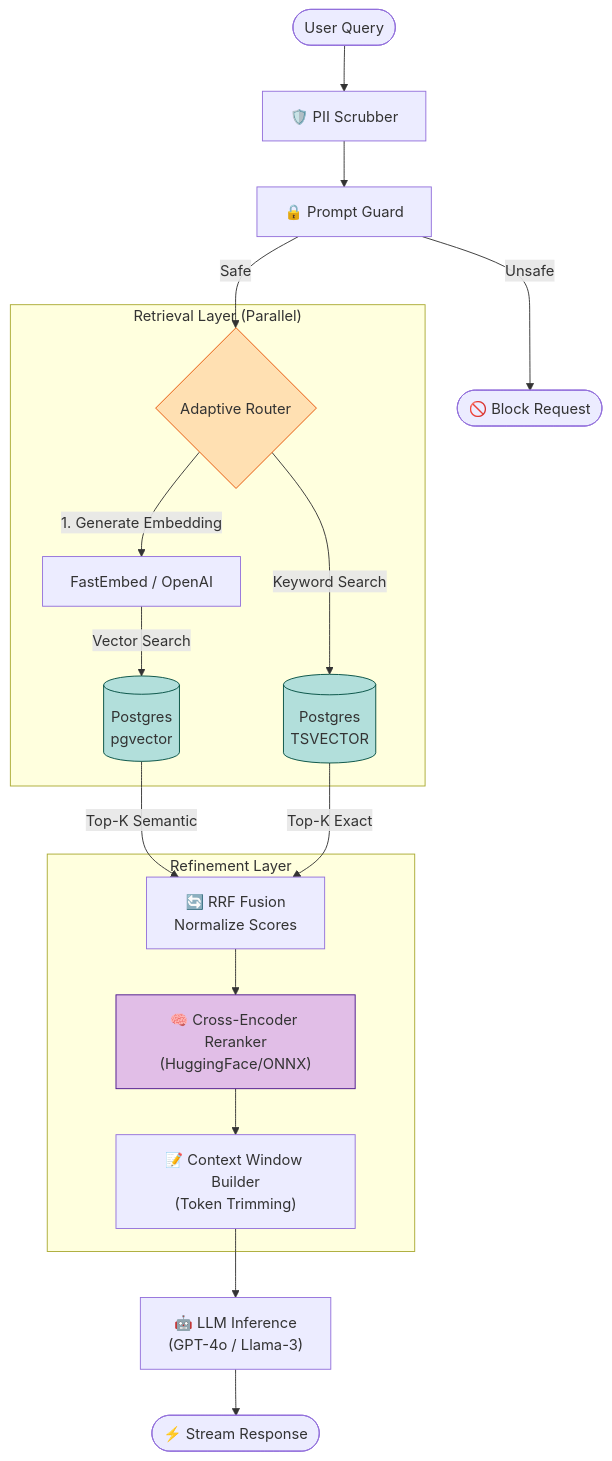
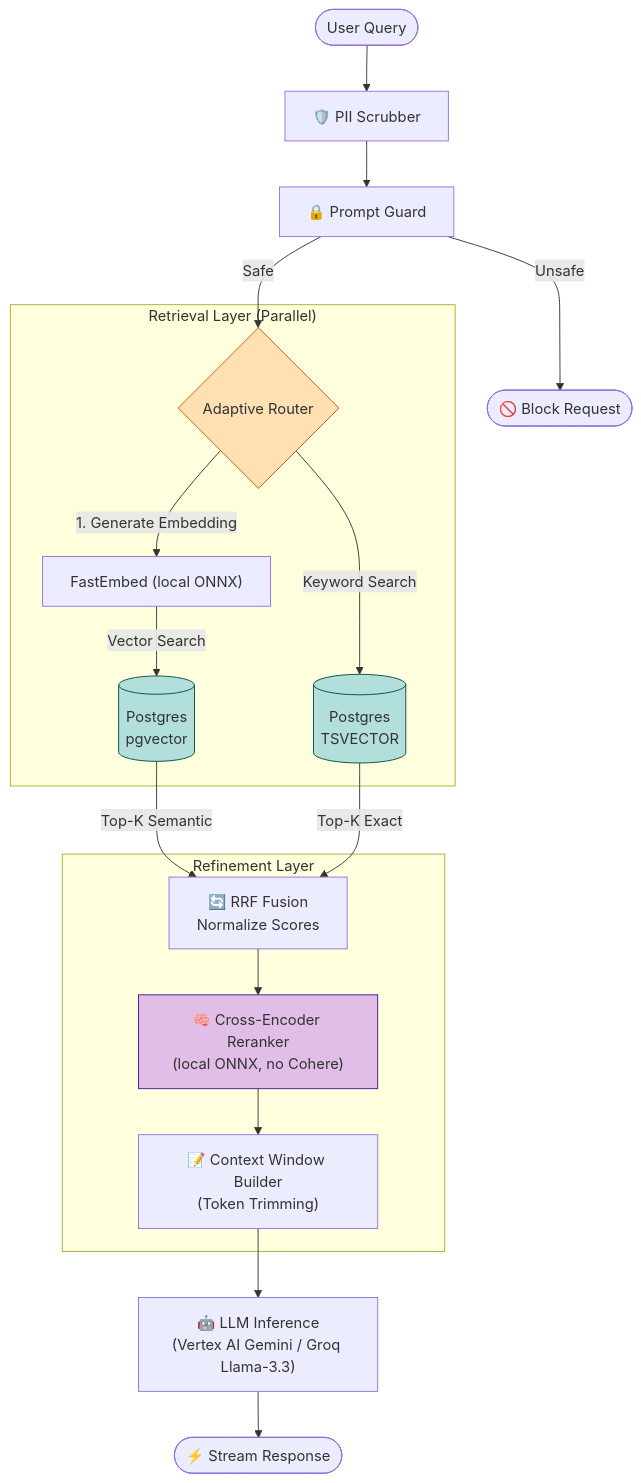
Before and after one commit to JMMAILabs/frugal-fortress-architecture: the diagram in docs/diagrams/core/rag_pipeline.md, drawn with Mermaid. The commit also changed 33 other files, not shown here.

````diff
--- a/docs/diagrams/core/rag_pipeline.md
+++ b/docs/diagrams/core/rag_pipeline.md
@@ -5,33 +5,33 @@
 ```mermaid
 flowchart TD
     Start([User Query]) --> PII["🛡️ PII Scrubber"]
     PII --> Guard["🔒 Prompt Guard"]
 
     Guard -->|Safe| Router{"Adaptive Router"}
     Guard -->|Unsafe| Block(["🚫 Block Request"])
 
     subgraph "Retrieval Layer (Parallel)"
-        Router -->|1. Generate Embedding| Embed["FastEmbed / OpenAI"]
+        Router -->|1. Generate Embedding| Embed["FastEmbed (local ONNX)"]
 
         Embed -->|Vector Search| PG_Vec[("Postgres<br/>pgvector")]
         Router -->|Keyword Search| PG_Text[("Postgres<br/>TSVECTOR")]
     end
 
     PG_Vec -->|Top-K Semantic| Merger
     PG_Text -->|Top-K Exact| Merger
 
     subgraph "Refinement Layer"
         Merger["🔄 RRF Fusion<br/>Normalize Scores"]
-        Merger --> Rerank["🧠 Cross-Encoder Reranker<br/>(HuggingFace/ONNX)"]
+        Merger --> Rerank["🧠 Cross-Encoder Reranker<br/>(local ONNX, no Cohere)"]
         Rerank --> Context["📝 Context Window Builder<br/>(Token Trimming)"]
     end
 
-    Context --> LLM["🤖 LLM Inference<br/>(GPT-4o / Llama-3)"]
+    Context --> LLM["🤖 LLM Inference<br/>(Vertex AI Gemini / Groq Llama-3.3)"]
     LLM --> Stream(["⚡ Stream Response"])
 
     %% Styling
     style Router fill:#ffe0b2,stroke:#e65100
     style Rerank fill:#e1bee7,stroke:#4a148c
     style PG_Vec fill:#b2dfdb,stroke:#004d40
     style PG_Text fill:#b2dfdb,stroke:#004d40
 ```
````
